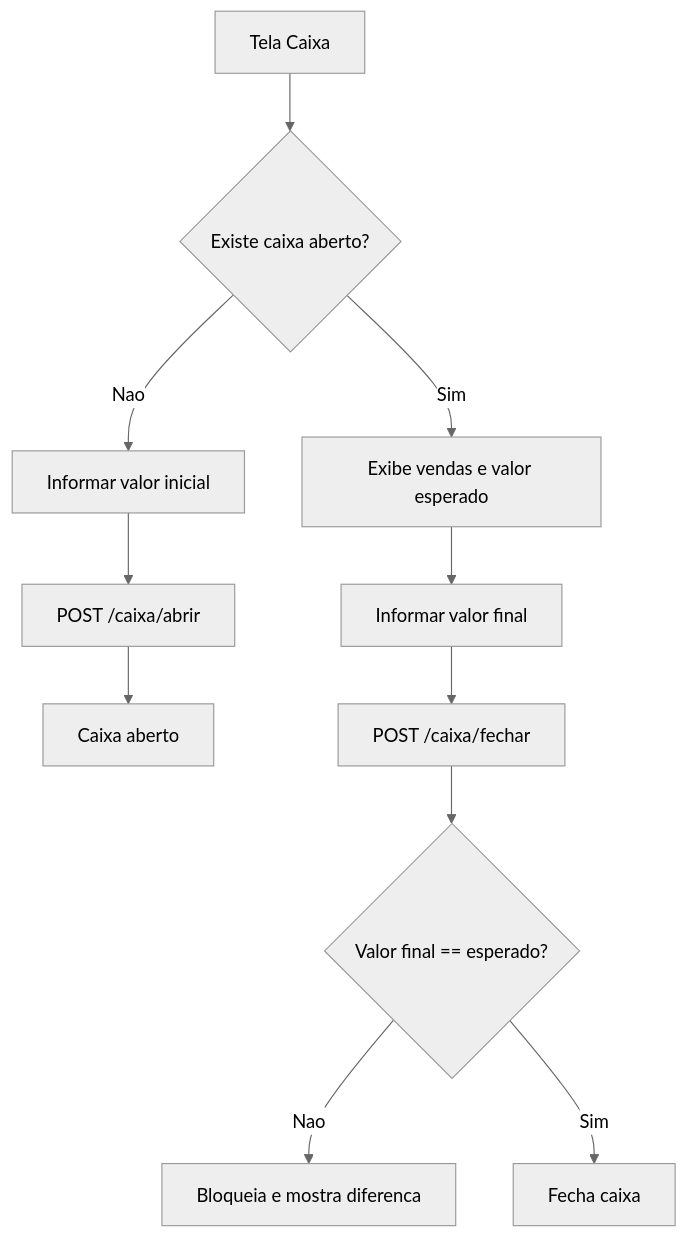
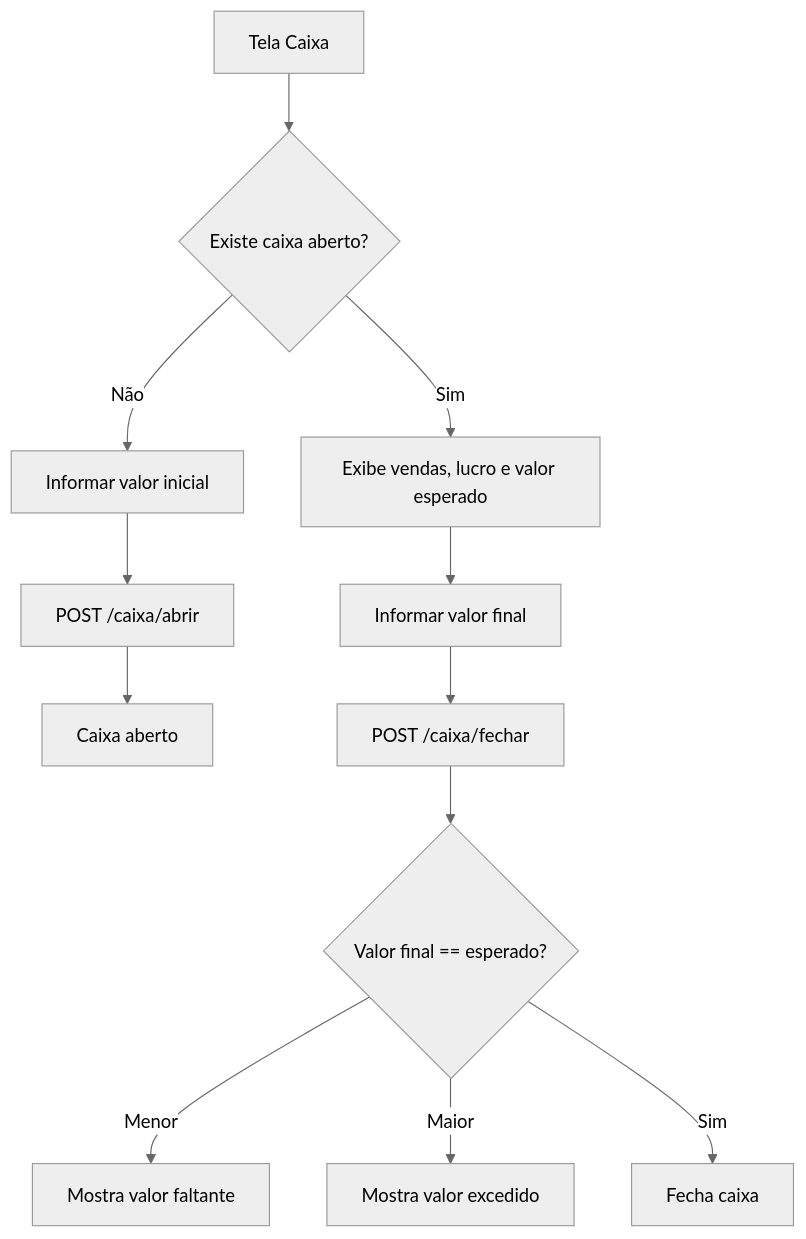
The fourth of 7 diagrams in docs/06-fluxo-sistema.md (RafaelBG7/pdv2026), drawn with Mermaid (neutral theme) before and after one commit. The commit also changed other lines of this file and 82 other files, not shown here.

````diff
--- a/docs/06-fluxo-sistema.md
+++ b/docs/06-fluxo-sistema.md
@@ -58,13 +67,14 @@
 ```mermaid
 flowchart TD
     A["Tela Caixa"] --> B{"Existe caixa aberto?"}
-    B -- "Nao" --> C["Informar valor inicial"]
+    B -- "Não" --> C["Informar valor inicial"]
     C --> D["POST /caixa/abrir"]
     D --> E["Caixa aberto"]
-    B -- "Sim" --> F["Exibe vendas e valor esperado"]
+    B -- "Sim" --> F["Exibe vendas, lucro e valor esperado"]
     F --> G["Informar valor final"]
     G --> H["POST /caixa/fechar"]
     H --> I{"Valor final == esperado?"}
-    I -- "Nao" --> J["Bloqueia e mostra diferenca"]
-    I -- "Sim" --> K["Fecha caixa"]
+    I -- "Menor" --> J["Mostra valor faltante"]
+    I -- "Maior" --> K["Mostra valor excedido"]
+    I -- "Sim" --> L["Fecha caixa"]
 ```
````
